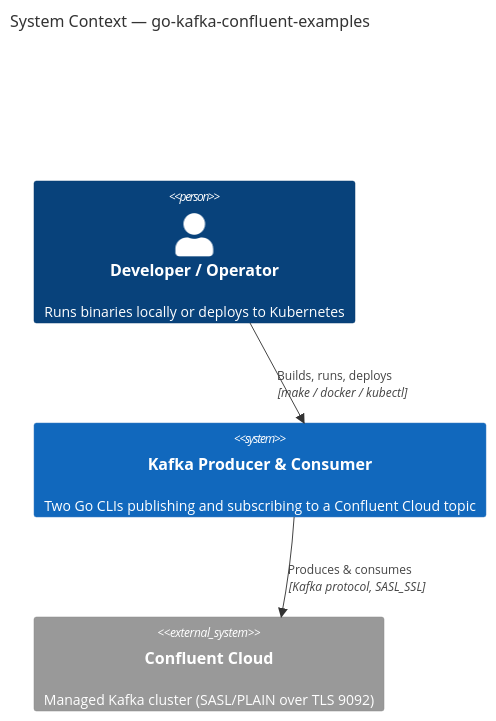
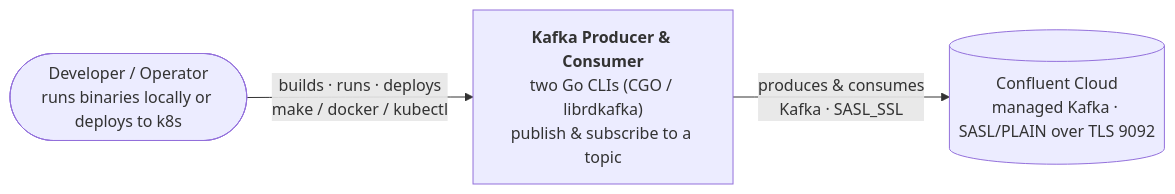
The first of 3 diagrams in README.md (AndriyKalashnykov/go-kafka-confluent-examples), drawn with Mermaid before and after one commit. The commit also changed 1 other file, not shown here.

Commit message:
chore: compact C4Context hero to flowchart LR; datasource-scope the mise release-age buffer (#112)
- README: the C4Context hero rendered 752x874 (an 874px portrait tower); like
  the Container view, $c4ShapeInRow is a no-op for Mermaid C4, so convert it to
  a flowchart LR (measured 1192x190 — a clean wide hero). All 3 README diagrams
  are now right-sized.
- renovate.json: move the mise tag-before-publish buffer off the lint-group
  rule onto a dedicated {matchManagers:[mise], matchDatasources:[github-tags],
  minimumReleaseAge:"3 days"} rule so it covers every current AND future aqua
  tool without coupling to the grouping (skill-canonical form).

````diff
--- a/README.md
+++ b/README.md
@@ -10,13 +10,9 @@
 ```mermaid
-C4Context
-  title System Context — go-kafka-confluent-examples
+flowchart LR
+  dev(["Developer / Operator<br/>runs binaries locally or deploys to k8s"])
+  sys["<b>Kafka Producer &amp; Consumer</b><br/>two Go CLIs (CGO / librdkafka)<br/>publish &amp; subscribe to a topic"]
+  ccloud[("Confluent Cloud<br/>managed Kafka · SASL/PLAIN over TLS 9092")]
 
-  Person(dev, "Developer / Operator", "Runs binaries locally or deploys to Kubernetes")
-  System(sys, "Kafka Producer & Consumer", "Two Go CLIs publishing and subscribing to a Confluent Cloud topic")
-  System_Ext(ccloud, "Confluent Cloud", "Managed Kafka cluster (SASL/PLAIN over TLS 9092)")
-
-  Rel(dev, sys, "Builds, runs, deploys", "make / docker / kubectl")
-  Rel(sys, ccloud, "Produces & consumes", "Kafka protocol, SASL_SSL")
-
-  UpdateLayoutConfig($c4ShapeInRow="3")
+  dev -->|builds · runs · deploys<br/>make / docker / kubectl| sys
+  sys -->|produces &amp; consumes<br/>Kafka · SASL_SSL| ccloud
 ```
````
